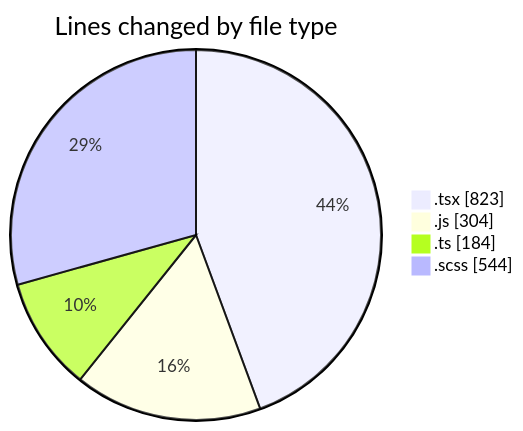
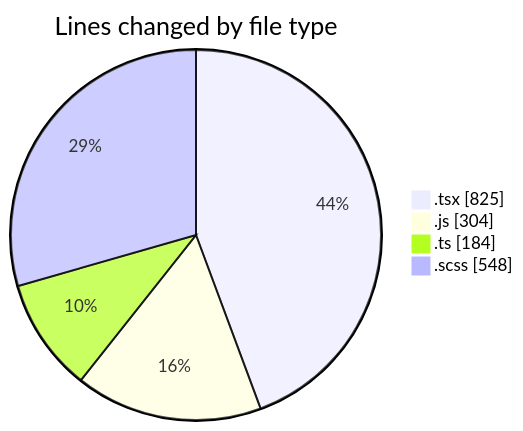
The first of 2 diagrams in 2025-02-26/cda/README.md (momahboobian/code-tracking), drawn with Mermaid before and after one commit. The commit also changed other lines of this file and 1 other file, not shown here.

````diff
--- a/2025-02-26/cda/README.md
+++ b/2025-02-26/cda/README.md
@@ -37,8 +37,8 @@
 ```mermaid
 pie showData
 title Lines changed by file type
-".tsx" : 823
+".tsx" : 825
 ".js" : 304
 ".ts" : 184
-".scss" : 544
+".scss" : 548
 ```
````
